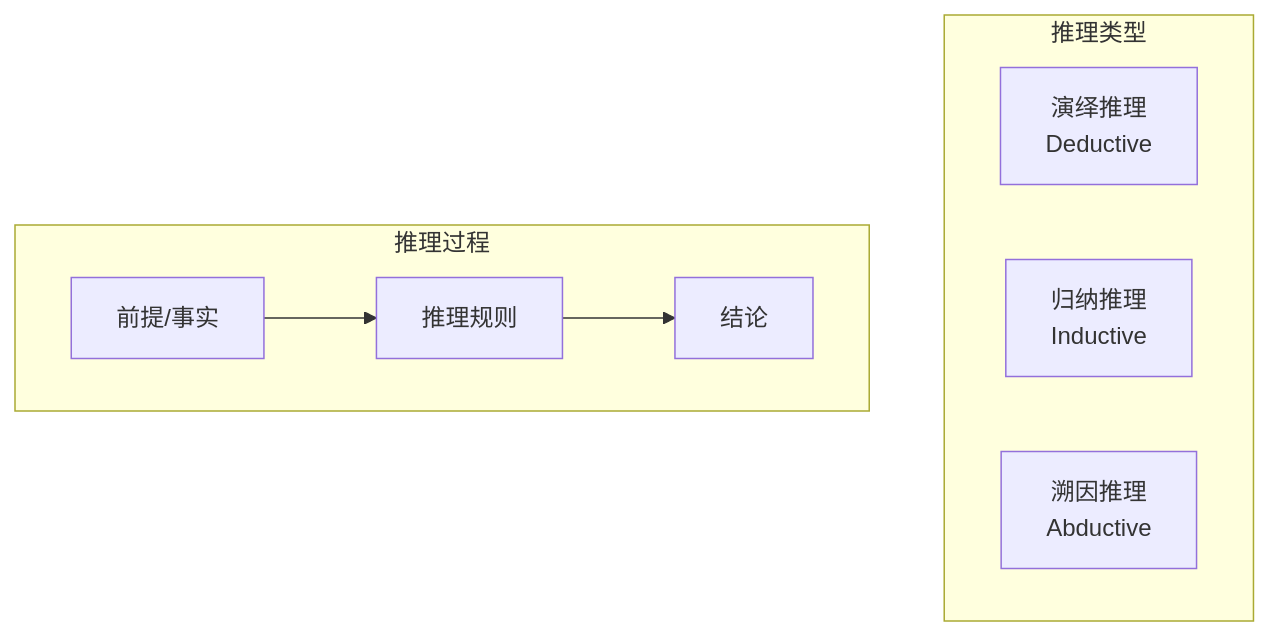
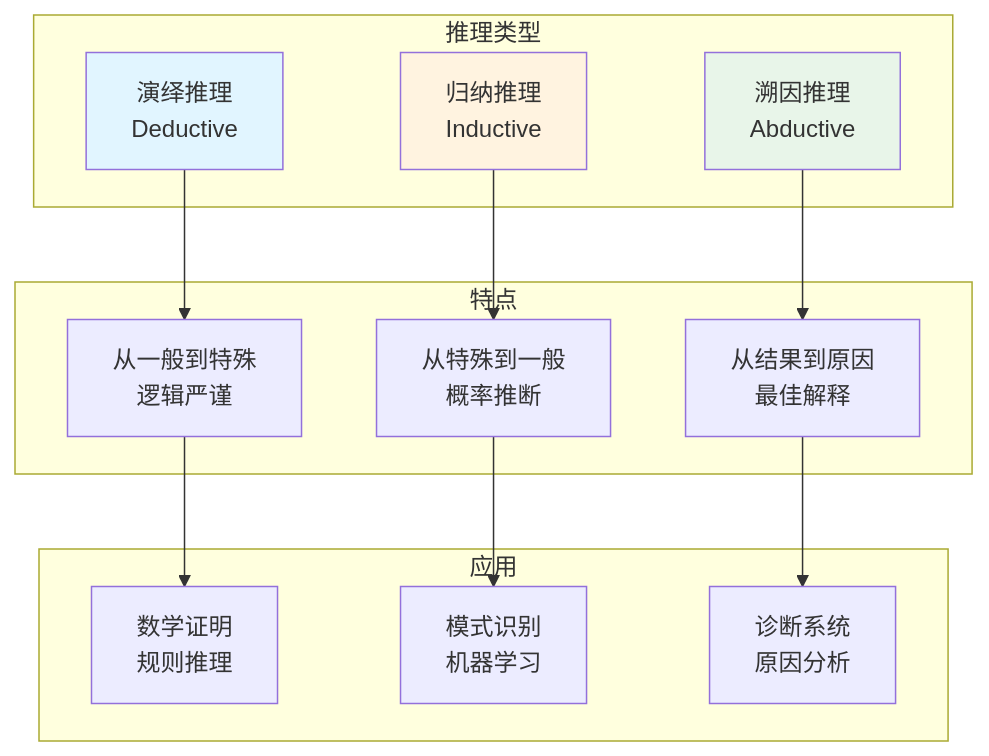
Before and after one commit to Leavesfly/TinyAI: the first of 3 diagrams in book/part3-agents/chapter17-rag-system/17.5-intelligent-reasoning-multi-step-problem-solving.md, drawn with Mermaid. The commit also changed other lines of this file and 40 other files, not shown here.

````diff
--- a/book/part3-agents/chapter17-rag-system/17.5-intelligent-reasoning-multi-step-problem-solving.md
+++ b/book/part3-agents/chapter17-rag-system/17.5-intelligent-reasoning-multi-step-problem-solving.md
@@ -32,17 +28,24 @@
 ```mermaid
 graph TB
     subgraph "推理类型"
         A[演绎推理<br/>Deductive]
         B[归纳推理<br/>Inductive]
         C[溯因推理<br/>Abductive]
     end
     
-    subgraph "推理过程"
-        D[前提/事实]
-        E[推理规则]
-        F[结论]
+    subgraph "特点"
+        A --> A1[从一般到特殊<br/>逻辑严谨]
+        B --> B1[从特殊到一般<br/>概率推断]
+        C --> C1[从结果到原因<br/>最佳解释]
     end
     
-    D --> E
-    E --> F
+    subgraph "应用"
+        A1 --> A2[数学证明<br/>规则推理]
+        B1 --> B2[模式识别<br/>机器学习]
+        C1 --> C2[诊断系统<br/>原因分析]
+    end
+    
+    style A fill:#e1f5ff
+    style B fill:#fff3e0
+    style C fill:#e8f5e9
 ```
````
